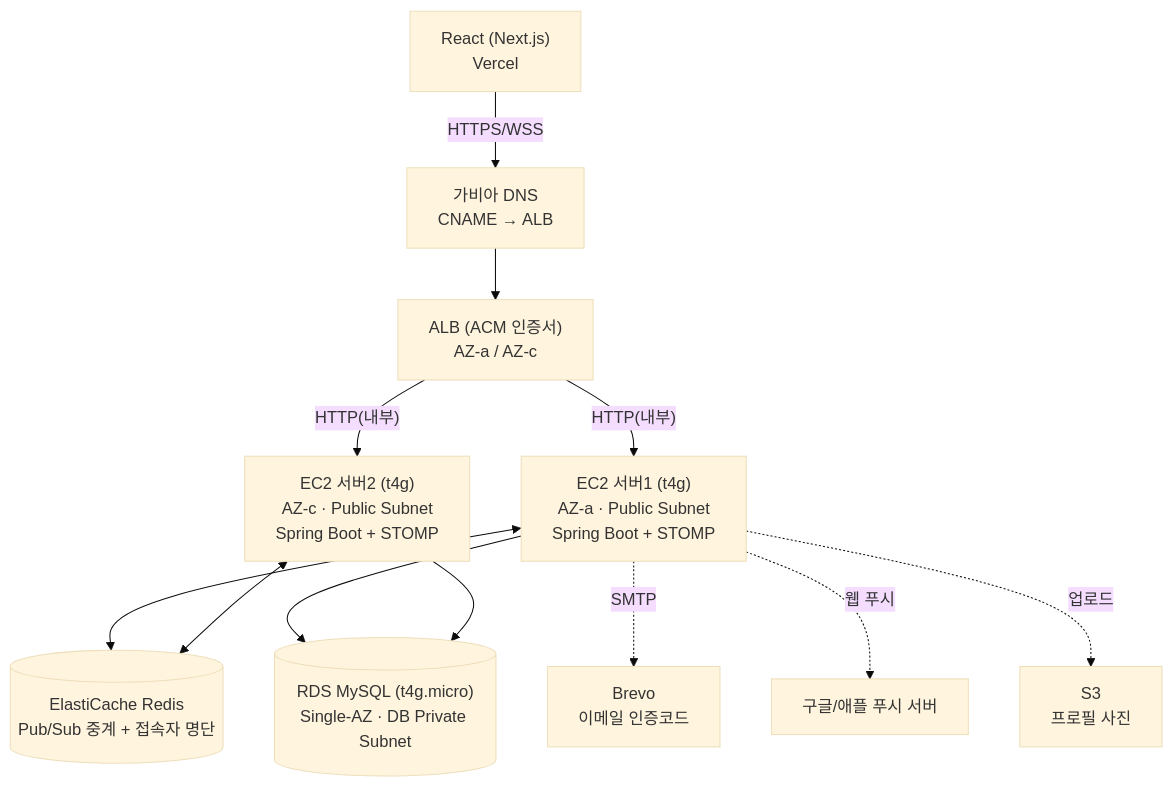
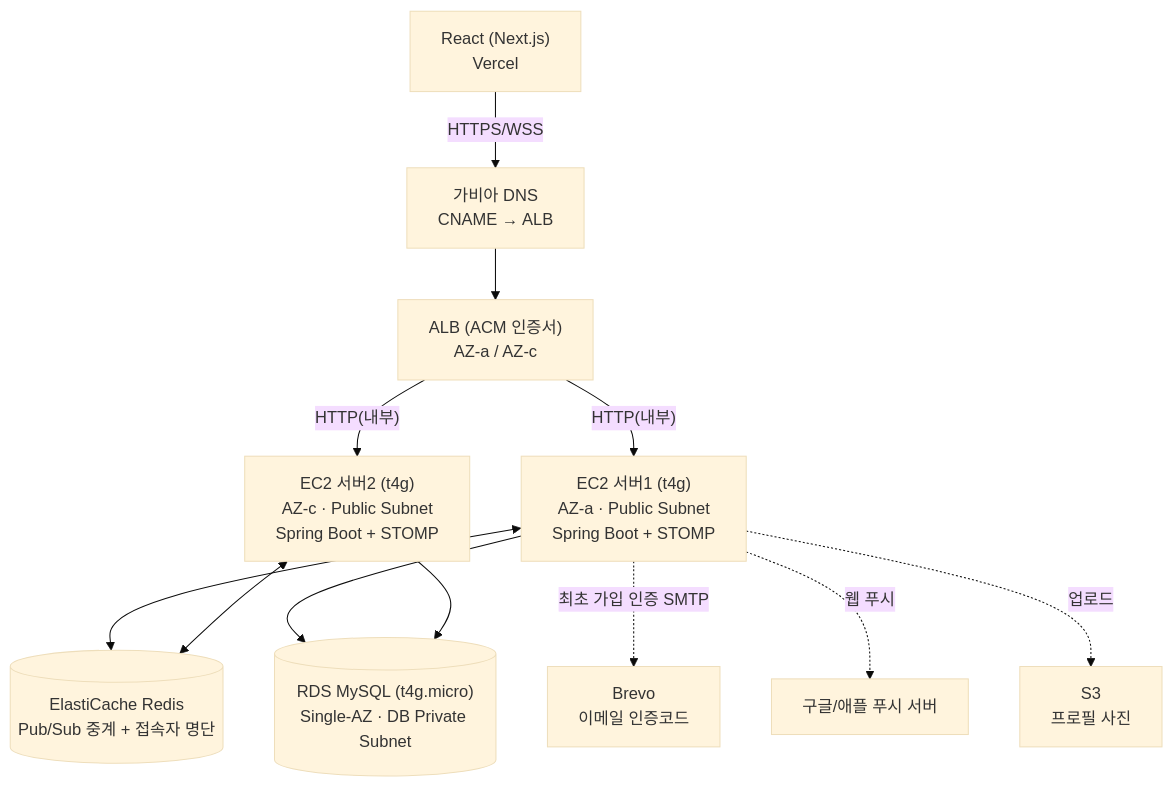
One commit to seoil-power-rangers/facecook-be changed the diagram in docs/인프라설계.md. Above: the diagram before and after it, drawn with Mermaid (base theme). The commit also changed other lines of this file and 17 other files, not shown here.

````diff
--- a/docs/인프라설계.md
+++ b/docs/인프라설계.md
@@ -38,14 +38,14 @@
 ```mermaid
 flowchart TB
     Client["React (Next.js)\nVercel"] -- "HTTPS/WSS" --> Gabia["가비아 DNS\nCNAME → ALB"]
     Gabia --> ALB["ALB (ACM 인증서)\nAZ-a / AZ-c"]
     ALB -- "HTTP(내부)" --> EC2A["EC2 서버1 (t4g)\nAZ-a · Public Subnet\nSpring Boot + STOMP"]
     ALB -- "HTTP(내부)" --> EC2B["EC2 서버2 (t4g)\nAZ-c · Public Subnet\nSpring Boot + STOMP"]
     EC2A <--> Redis[("ElastiCache Redis\nPub/Sub 중계 + 접속자 명단")]
     EC2B <--> Redis
     EC2A --> RDS[("RDS MySQL (t4g.micro)\nSingle-AZ · DB Private Subnet")]
     EC2B --> RDS
-    EC2A -. "SMTP" .-> Brevo["Brevo\n이메일 인증코드"]
+    EC2A -. "최초 가입 인증 SMTP" .-> Brevo["Brevo\n이메일 인증코드"]
     EC2A -. "웹 푸시" .-> PushSvc["구글/애플 푸시 서버"]
     EC2A -. "업로드" .-> S3["S3\n프로필 사진"]
 ```
````
